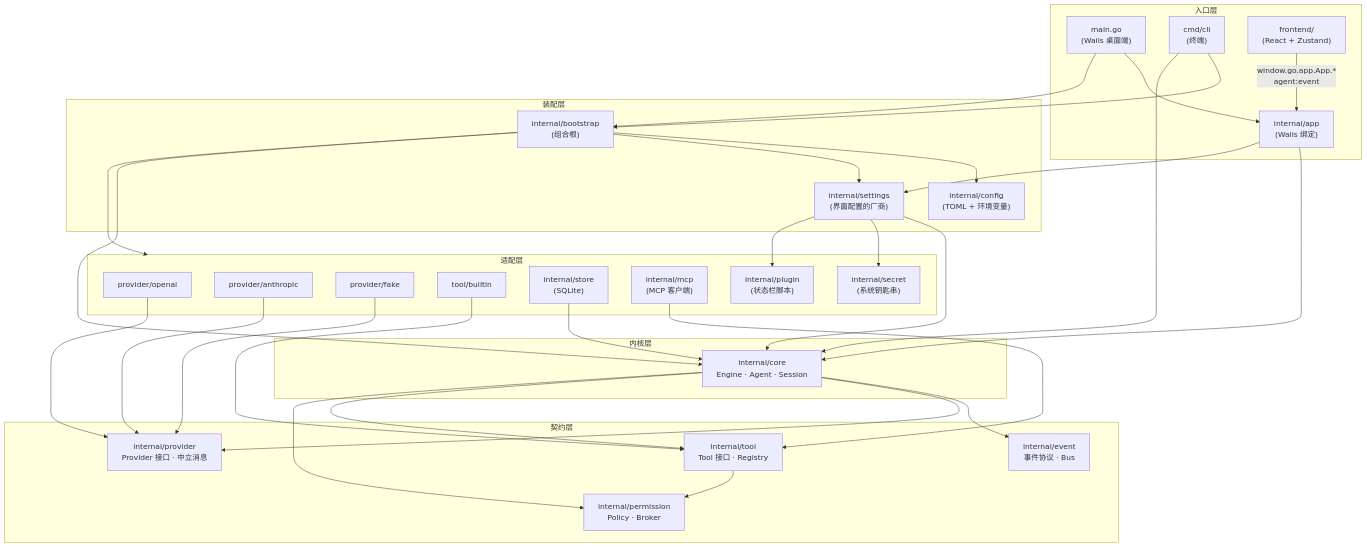
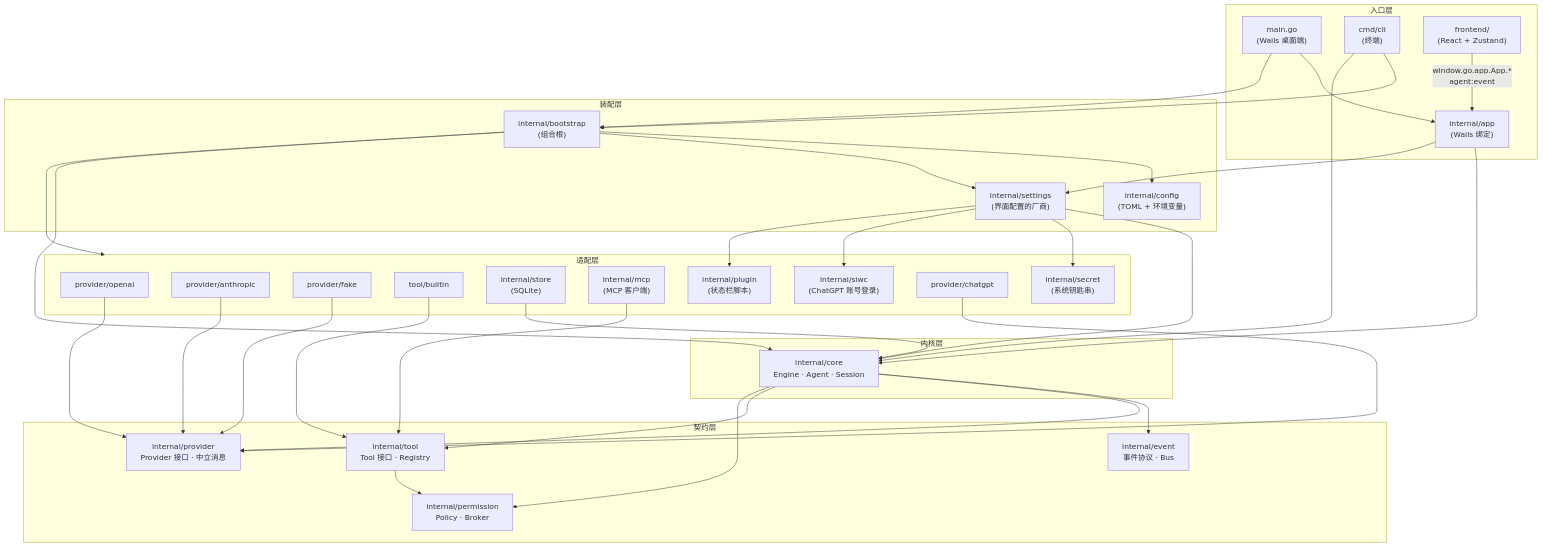
One commit to crazyjums/mosaic changed the first of 2 diagrams in docs/architecture.md. Above: the diagram before and after it, drawn with Mermaid. The commit also changed other lines of this file and 5 other files, not shown here.

First line of the commit message:
docs: 用 ChatGPT 账号登录

````diff
--- a/docs/architecture.md
+++ b/docs/architecture.md
@@ -9,63 +9,67 @@
 ```mermaid
 flowchart TB
     subgraph Entry["入口层"]
         MAIN["main.go<br/>(Wails 桌面端)"]
         CLI["cmd/cli<br/>(终端)"]
         APP["internal/app<br/>(Wails 绑定)"]
         FE["frontend/<br/>(React + Zustand)"]
     end
 
     subgraph Assembly["装配层"]
         BOOT["internal/bootstrap<br/>(组合根)"]
         CFG["internal/config<br/>(TOML + 环境变量)"]
         SET["internal/settings<br/>(界面配置的厂商)"]
     end
 
     subgraph Adapters["适配层"]
         OAI["provider/openai"]
         ANT["provider/anthropic"]
         FAKE["provider/fake"]
         BUILTIN["tool/builtin"]
         STORE["internal/store<br/>(SQLite)"]
         MCP["internal/mcp<br/>(MCP 客户端)"]
         SECRET["internal/secret<br/>(系统钥匙串)"]
+        SIWC["internal/siwc<br/>(ChatGPT 账号登录)"]
+        CGPT["provider/chatgpt"]
         PLUGIN["internal/plugin<br/>(状态栏脚本)"]
     end
 
     subgraph Kernel["内核层"]
         CORE["internal/core<br/>Engine · Agent · Session"]
     end
 
     subgraph Contracts["契约层"]
         EVENT["internal/event<br/>事件协议 · Bus"]
         PROV["internal/provider<br/>Provider 接口 · 中立消息"]
         TOOL["internal/tool<br/>Tool 接口 · Registry"]
         PERM["internal/permission<br/>Policy · Broker"]
     end
 
     FE -- "window.go.app.App.*<br/>agent:event" --> APP
     MAIN --> APP
     MAIN --> BOOT
     CLI --> BOOT
     APP --> CORE
     CLI --> CORE
     BOOT --> CFG
     BOOT --> SET
     APP --> SET
     SET --> CORE
     BOOT --> CORE
     BOOT --> Adapters
     STORE --> CORE
     OAI --> PROV
     ANT --> PROV
     FAKE --> PROV
     BUILTIN --> TOOL
     MCP --> TOOL
     SET --> SECRET
+    SET --> SIWC
+    CGPT --> PROV
     SET --> PLUGIN
     CORE --> EVENT
     CORE --> PROV
     CORE --> TOOL
     CORE --> PERM
     TOOL --> PERM
 ```
````
